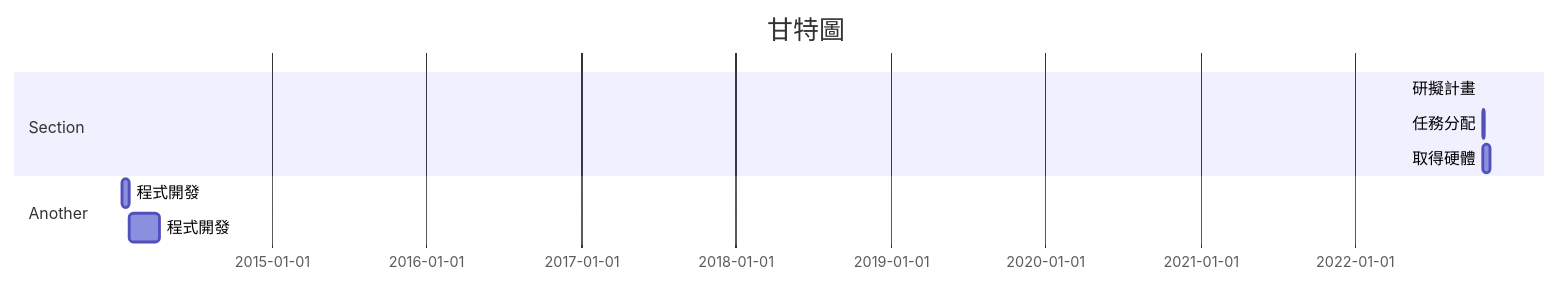
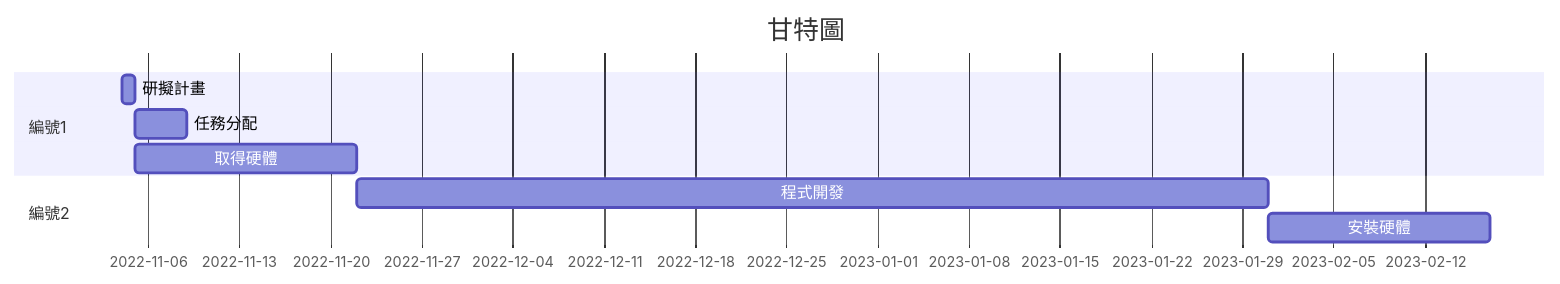
Before and after one commit to C109118256/C109118256: the diagram in hw2.md, drawn with Mermaid.

````diff
--- a/hw2.md
+++ b/hw2.md
@@ -1,12 +1,18 @@
 ```mermaid
 gantt
     title 甘特圖
 
-    section Section
-    研擬計畫           :a1, 2022-10-29, 1d
+    section 編號1
+    研擬計畫           :a1, 2022-11-04, 1d
     任務分配           :after a1  , 4d
     取得硬體           :after a1  , 17d
-    section Another
-    程式開發           :2014-01-12  , 17d
-    程式開發           : 70d
+    section 編號2
+    程式開發           :a2, 2022-11-22  , 70d
+    安裝硬體           :after a2  , 17d
+    section 編號3
+    
+    section 編號4
+    
+    
+    
 ```
````
